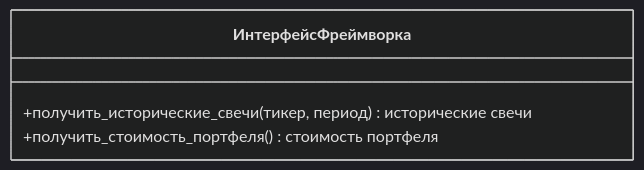
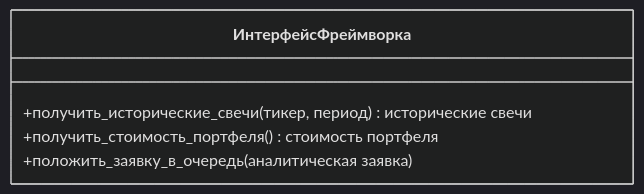
The sixth of 22 diagrams in robot-logic.md (Marat22/MiriadRobotDocs), drawn with Mermaid (dark theme) before and after one commit. The commit also changed other lines of this file, not shown here.

````diff
--- a/robot-logic.md
+++ b/robot-logic.md
@@ -138,8 +140,9 @@
 ```mermaid
 classDiagram
   class ИнтерфейсФреймворка{
     +получить_исторические_свечи(тикер, период) исторические свечи
     +получить_стоимость_портфеля() стоимость портфеля
+    +положить_заявку_в_очередь(аналитическая заявка) 
   }
 
 ```
````
